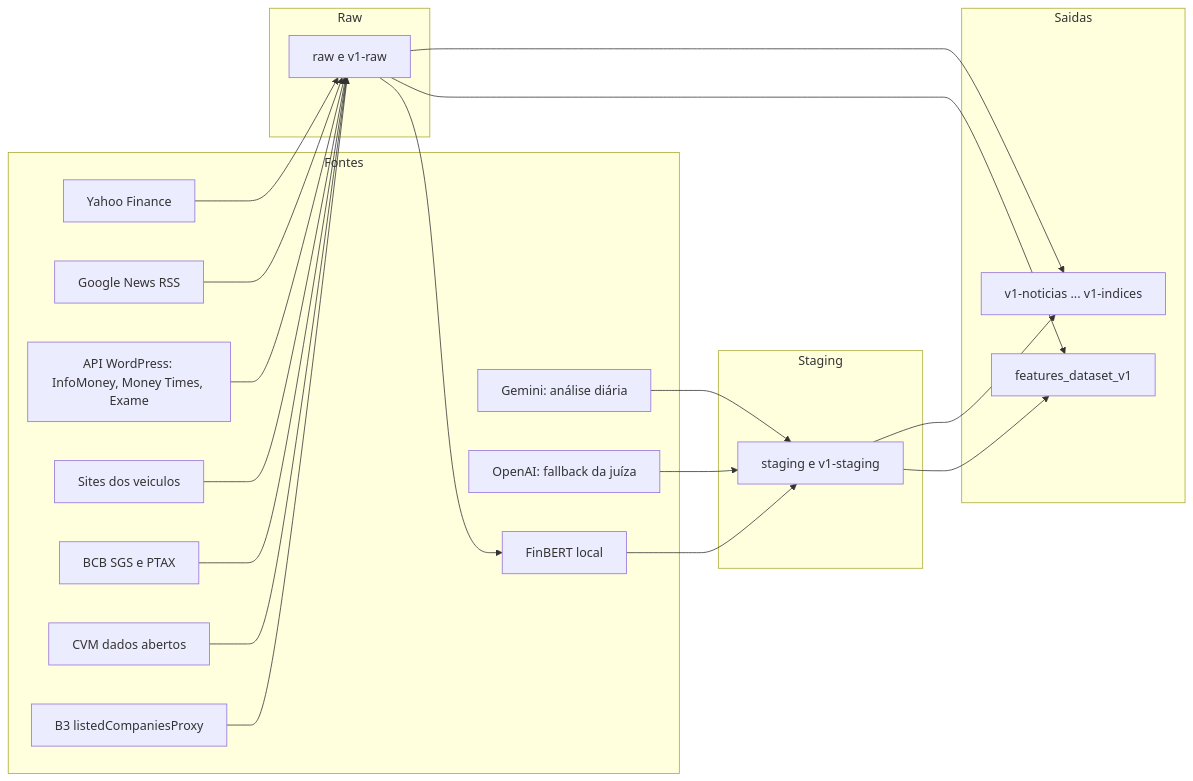
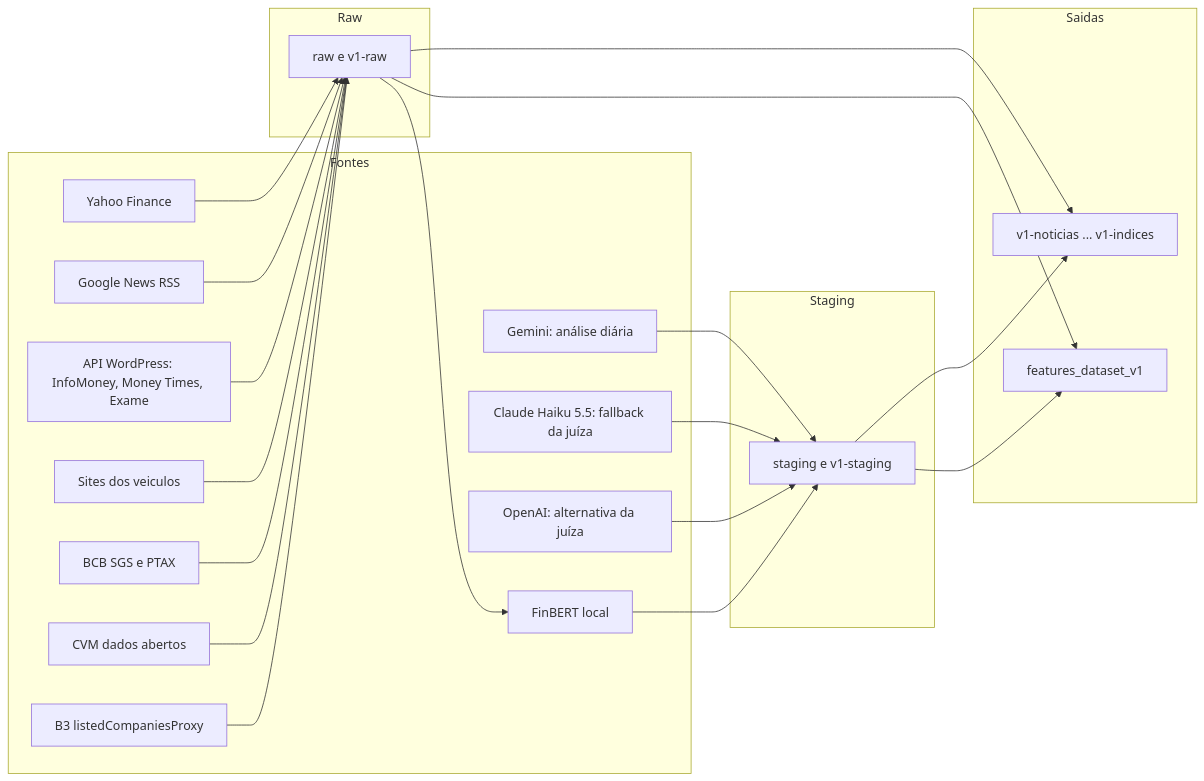
The first of 2 diagrams in docs/01-visao-geral.md (Mart1ns12/extracao-dados-tcc), drawn with Mermaid before and after one commit. The commit also changed other lines of this file and 21 other files, not shown here.

First line of the commit message:
feat(juiza): fallback Claude Haiku 5.5 (provedor anthropic) no lugar da OpenAI gpt-5.6-luna

````diff
--- a/docs/01-visao-geral.md
+++ b/docs/01-visao-geral.md
@@ -66,40 +66,42 @@
 ```mermaid
 flowchart LR
     subgraph Fontes
         Y[Yahoo Finance]
         GN[Google News RSS]
         WP[API WordPress: InfoMoney, Money Times, Exame]
         VS[Sites dos veiculos]
         BCB[BCB SGS e PTAX]
         CVM[CVM dados abertos]
         B3[B3 listedCompaniesProxy]
         GEM[Gemini: análise diária]
-        OAI[OpenAI: fallback da juíza]
+        CLA[Claude Haiku 5.5: fallback da juíza]
+        OAI[OpenAI: alternativa da juíza]
         FB[FinBERT local]
     end
     subgraph Raw
         R[raw e v1-raw]
     end
     subgraph Staging
         S[staging e v1-staging]
     end
     subgraph Saidas
         F[features_dataset_v1]
         E[v1-noticias ... v1-indices]
     end
     Y --> R
     GN --> R
     WP --> R
     VS --> R
     BCB --> R
     CVM --> R
     B3 --> R
     R --> FB
     FB --> S
     GEM --> S
+    CLA --> S
     OAI --> S
     R --> F
     S --> F
     R --> E
     S --> E
 ```
````
